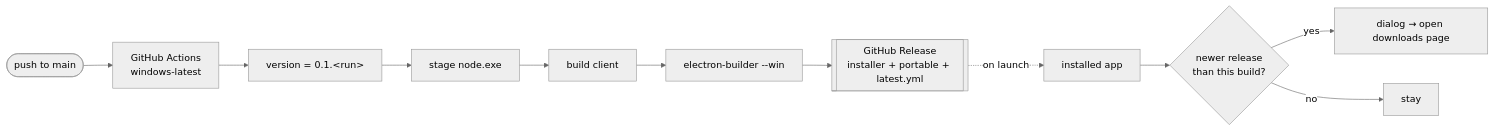
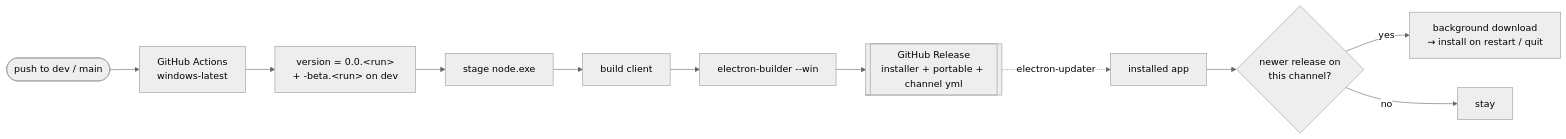
Before and after one commit to CodeByKeegan/splat-studio: the third of 5 diagrams in docs/AUTOMATION.md, drawn with Mermaid (neutral theme). The commit also changed other lines of this file and 29 other files, not shown here.

First line of the commit message:
docs: fix launch blockers for open-source release

````diff
--- a/docs/AUTOMATION.md
+++ b/docs/AUTOMATION.md
@@ -96,11 +98,11 @@
 ```mermaid
 flowchart LR
-    PUSH([push to main]) --> CI[GitHub Actions<br/>windows-latest]
-    CI --> V[version = 0.1.&lt;run&gt;]
+    PUSH([push to dev / main]) --> CI[GitHub Actions<br/>windows-latest]
+    CI --> V[version = 0.0.&lt;run&gt;<br/>+ -beta.&lt;run&gt; on dev]
     V --> FN[stage node.exe] --> B[build client] --> EB[electron-builder --win]
-    EB --> REL[[GitHub Release<br/>installer + portable + latest.yml]]
-    REL -. on launch .-> APP[installed app]
-    APP --> CHK{newer release<br/>than this build?}
-    CHK -- yes --> POP[dialog → open downloads page]
+    EB --> REL[[GitHub Release<br/>installer + portable + channel yml]]
+    REL -. electron-updater .-> APP[installed app]
+    APP --> CHK{newer release on<br/>this channel?}
+    CHK -- yes --> DL[background download<br/>→ install on restart / quit]
     CHK -- no --> OK[stay]
 ```
````
